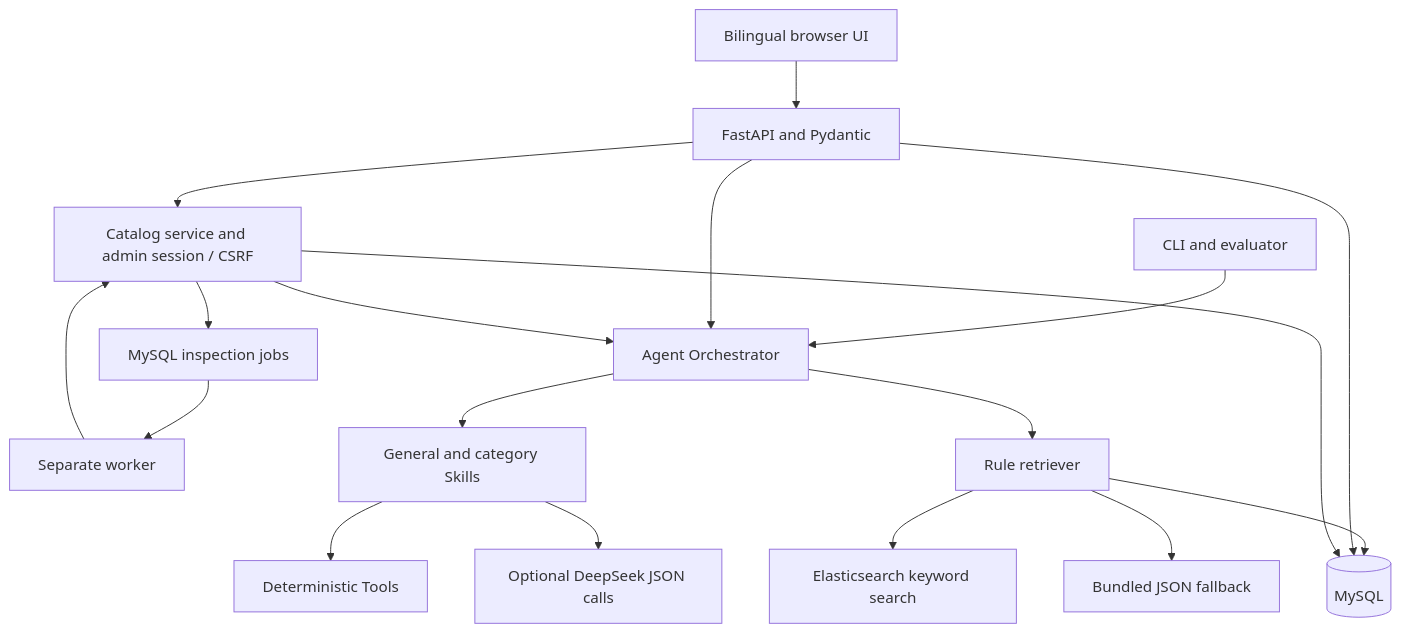
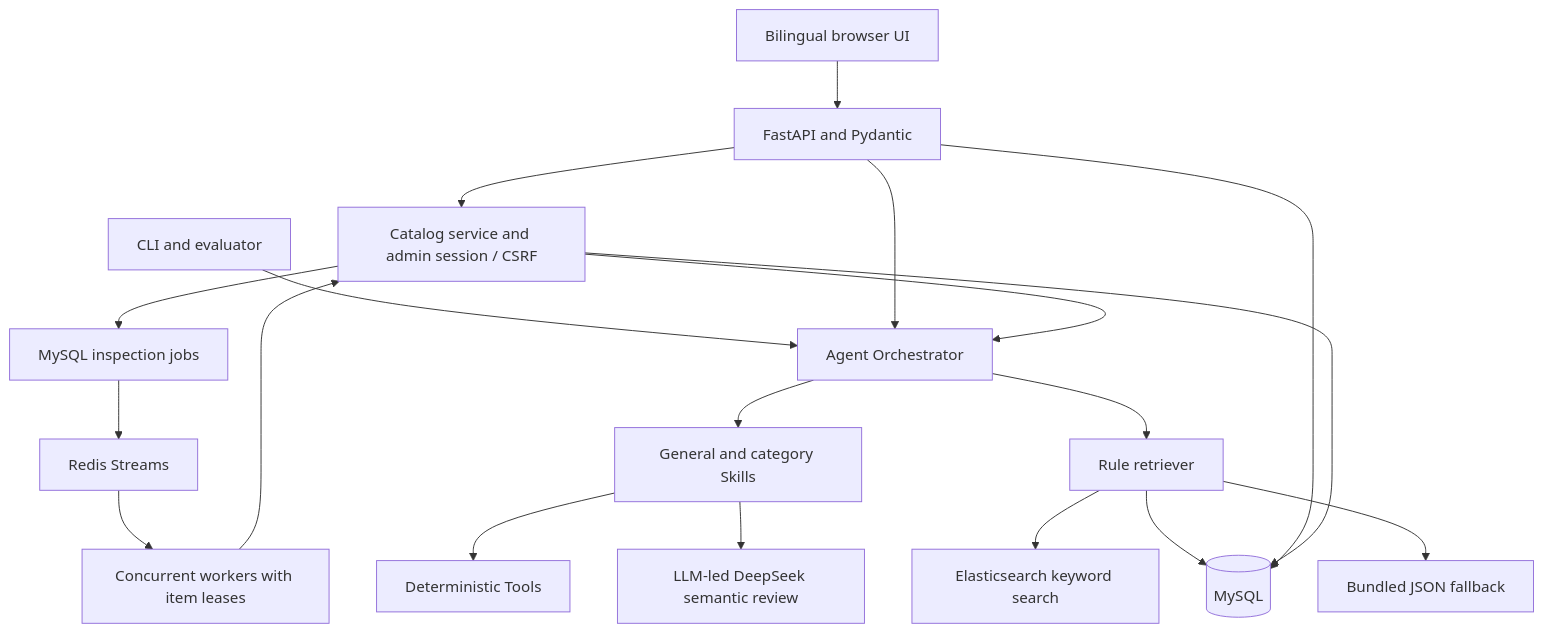
The diagram in docs/architecture.md (xkkkkkkm/e-commerce-copy-quality-inspection-agent), drawn with Mermaid before and after one commit. The commit also changed other lines of this file and 67 other files, not shown here.

Commit message:
Build tenant-isolated LLM review platform with Redis workers and observability

````diff
--- a/docs/architecture.md
+++ b/docs/architecture.md
@@ -19,20 +21,21 @@
 ```mermaid
 flowchart TD
   UI[Bilingual browser UI] --> API[FastAPI and Pydantic]
   CLI[CLI and evaluator] --> O[Agent Orchestrator]
   API --> C[Catalog service and admin session / CSRF]
   API --> O
   C --> Q[MySQL inspection jobs]
-  Q --> W[Separate worker]
+  Q --> B[Redis Streams]
+  B --> W[Concurrent workers with item leases]
   W --> C
   C --> O
   O --> S[General and category Skills]
   S --> T[Deterministic Tools]
-  S --> L[Optional DeepSeek JSON calls]
+  S --> L[LLM-led DeepSeek semantic review]
   O --> R[Rule retriever]
   R --> E[Elasticsearch keyword search]
   R --> M[(MySQL)]
   R --> J[Bundled JSON fallback]
   API --> M
   C --> M
 ```
````
